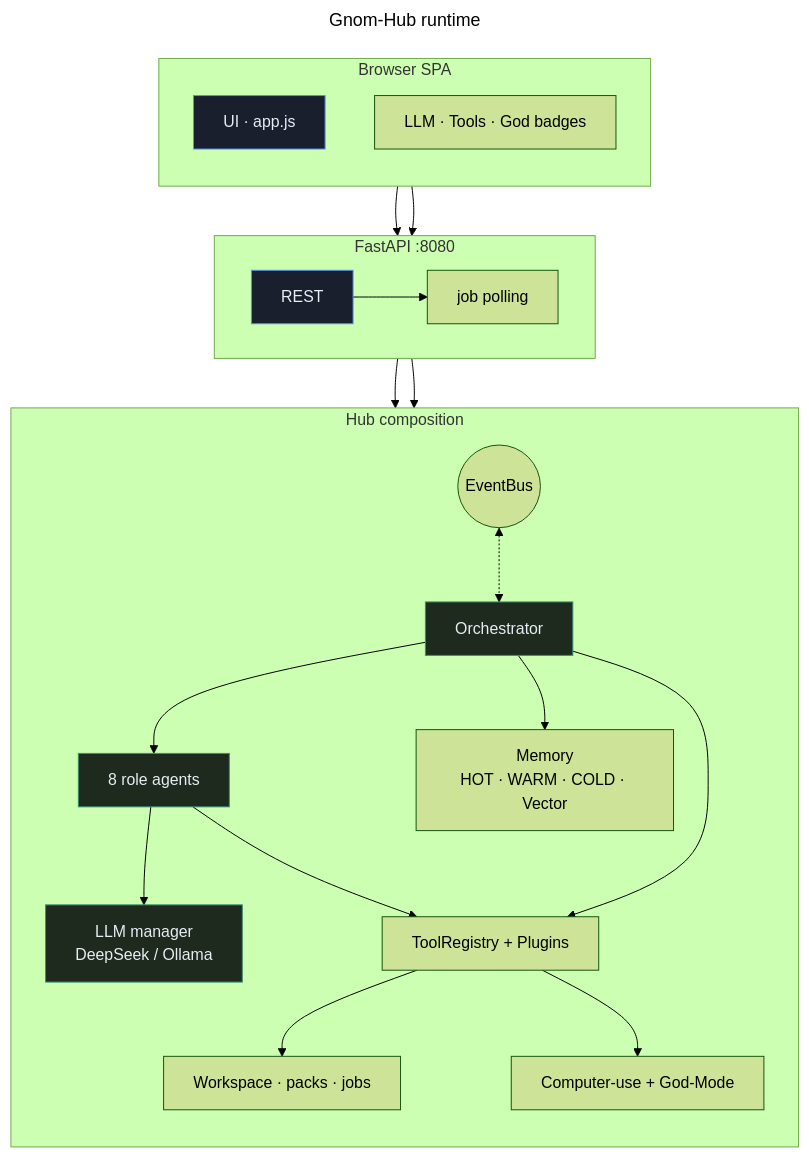
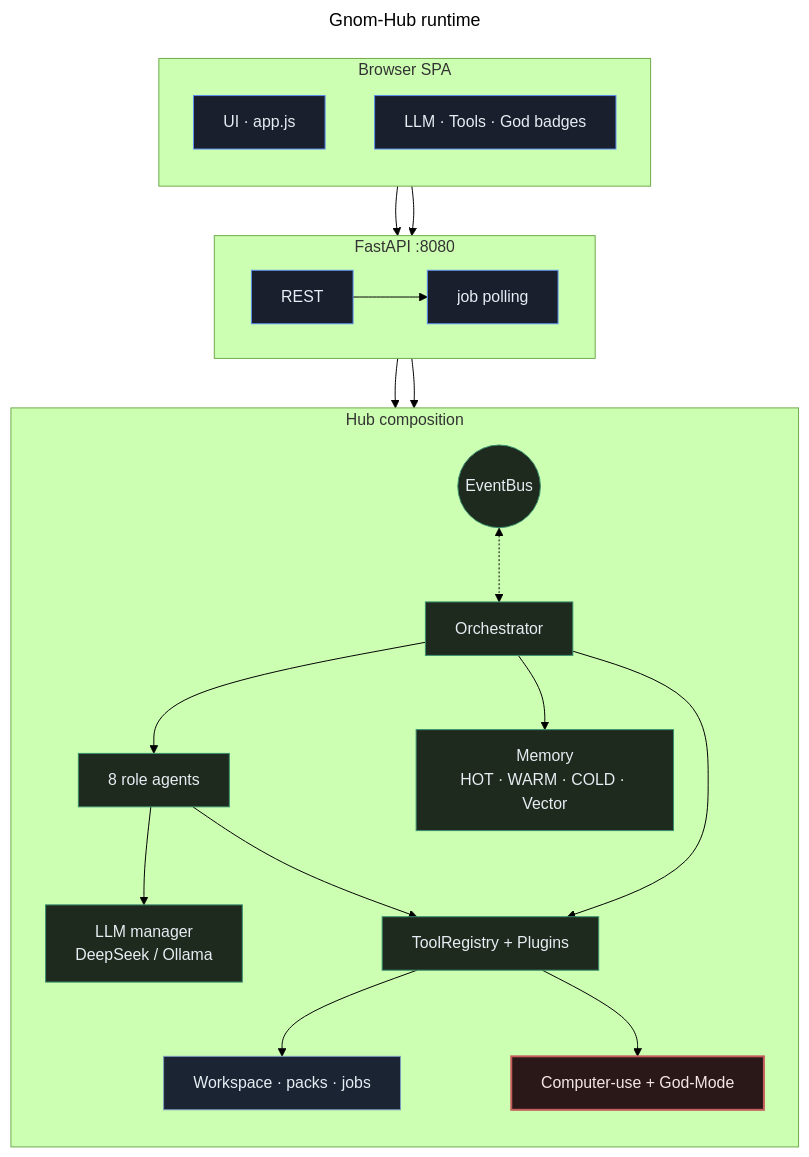
One commit to landjunge/gnom-hub-v1 changed the first of 4 diagrams in README.md. Above: the diagram before and after it, drawn with Mermaid (forest theme). The commit also changed other lines of this file and 3 other files, not shown here.

First line of the commit message:
docs: deepen Mermaid styling classes (shared palette)

````diff
--- a/README.md
+++ b/README.md
@@ -201,48 +201,49 @@
 ```mermaid
 ---
 title: Gnom-Hub runtime
 ---
 flowchart TB
   subgraph Client["Browser SPA"]
     direction TB
-    UI["UI · app.js"]
-    Badges["LLM · Tools · God badges"]
+    UI["UI · app.js"]:::ui
+    Badges["LLM · Tools · God badges"]:::ui
   end
 
   subgraph API["FastAPI :8080"]
     direction LR
-    REST["REST"]
-    Poll["job polling"]
+    REST["REST"]:::ui
+    Poll["job polling"]:::ui
   end
 
   subgraph Hub["Hub composition"]
     direction TB
-    Bus((EventBus))
-    Orch["Orchestrator"]
-    Agents["8 role agents"]
-    LLM["LLM manager<br/>DeepSeek / Ollama"]
-    Mem["Memory<br/>HOT · WARM · COLD · Vector"]
-    Tools["ToolRegistry + Plugins"]
-    WS["Workspace · packs · jobs"]
-    CU["Computer-use + God-Mode"]
+    Bus((EventBus)):::core
+    Orch["Orchestrator"]:::core
+    Agents["8 role agents"]:::core
+    LLM["LLM manager<br/>DeepSeek / Ollama"]:::core
+    Mem["Memory<br/>HOT · WARM · COLD · Vector"]:::warm
+    Tools["ToolRegistry + Plugins"]:::core
+    WS["Workspace · packs · jobs"]:::store
+    CU["Computer-use + God-Mode"]:::danger
   end
 
   UI --> REST
   Badges --> REST
   REST --> Poll
   Poll --> Orch
   REST --> Orch
   Bus <-.-> Orch
   Orch --> Agents
   Agents --> LLM
   Orch --> Mem
   Orch --> Tools
   Agents --> Tools
   Tools --> WS
   Tools --> CU
 
-  classDef edge fill:#1a1f2e,stroke:#5b8def,color:#e6edf3
-  classDef core fill:#1e2a1e,stroke:#3a8f6e,color:#e6edf3
-  class Orch,Agents,LLM core
-  class UI,REST edge
+  classDef ui fill:#1a1f2e,stroke:#5b8def,color:#e6edf3,stroke-width:1px
+  classDef core fill:#1e2a1e,stroke:#3a8f6e,color:#e6edf3,stroke-width:1px
+  classDef warm fill:#1e2a1e,stroke:#3a8f6e,color:#e6edf3,stroke-width:1px
+  classDef store fill:#1a2433,stroke:#7c9cbf,color:#e6edf3,stroke-width:1px
+  classDef danger fill:#2a1818,stroke:#c45c5c,color:#f5e6e6,stroke-width:2px
 ```
````
